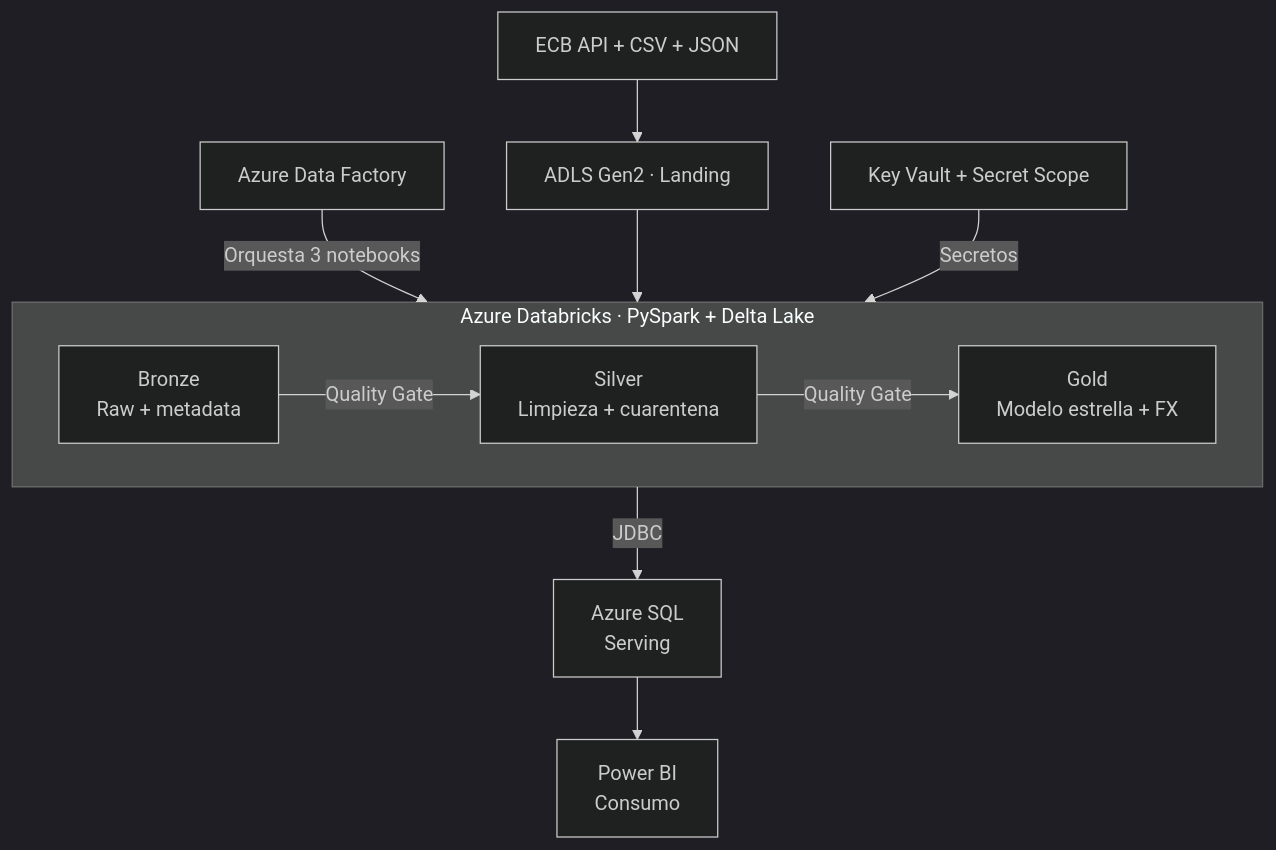
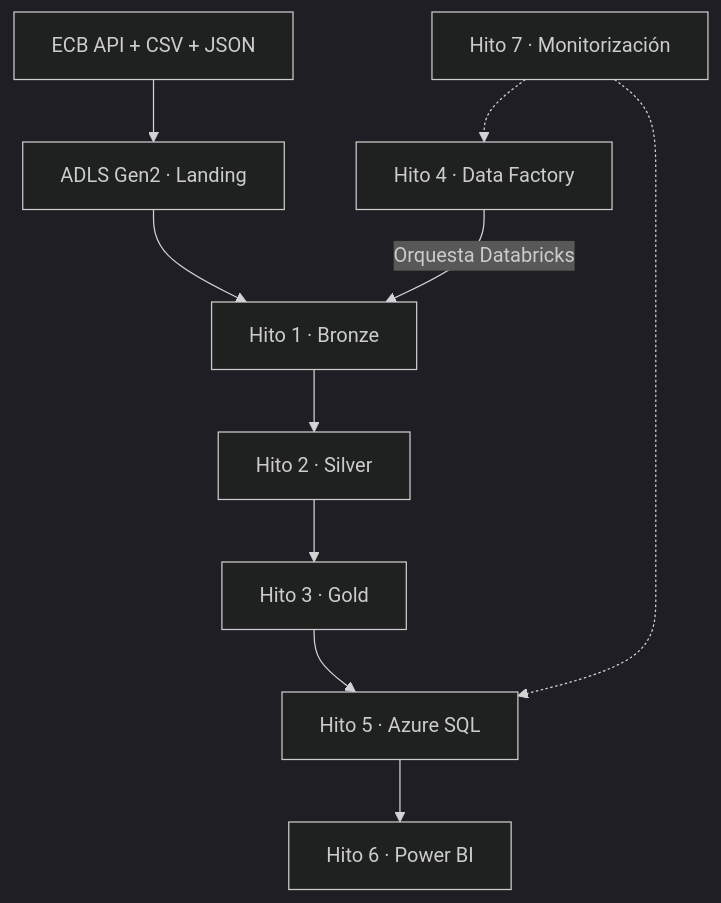
The diagram in 23-azure-adf-databricks-bank-fx/README.md (franciscosalaspla/data-engineering-portfolio), drawn with Mermaid (dark theme) before and after one commit. The commit also changed other lines of this file and 7 other files, not shown here.

````diff
--- a/23-azure-adf-databricks-bank-fx/README.md
+++ b/23-azure-adf-databricks-bank-fx/README.md
@@ -12,16 +9,12 @@
 ```mermaid
 flowchart TD
     SRC["ECB API + CSV + JSON"] --> LAND["ADLS Gen2 · Landing"]
-    ADF["Azure Data Factory"] -->|"Orquesta 3 notebooks"| BRONZE
-
-    subgraph DBX["Azure Databricks · PySpark + Delta Lake"]
-        direction LR
-        BRONZE["Bronze<br/>Raw + metadata"] -->|"Quality Gate"| SILVER["Silver<br/>Limpieza + cuarentena"]
-        SILVER -->|"Quality Gate"| GOLD["Gold<br/>Modelo estrella + FX"]
-    end
-
-    LAND --> BRONZE
-    GOLD -->|"JDBC"| SQL["Azure SQL<br/>Serving"]
-    SQL --> BI["Power BI<br/>Consumo"]
-    KV["Key Vault + Secret Scope"] -->|"Secretos"| GOLD
+    LAND --> B["Hito 1 · Bronze"]
+    B --> S["Hito 2 · Silver"]
+    S --> G["Hito 3 · Gold"]
+    ADF["Hito 4 · Data Factory"] -->|"Orquesta Databricks"| B
+    G --> SQL["Hito 5 · Azure SQL"]
+    SQL --> BI["Hito 6 · Power BI"]
+    MON["Hito 7 · Monitorización"] -.-> ADF
+    MON -.-> SQL
 ```
````
